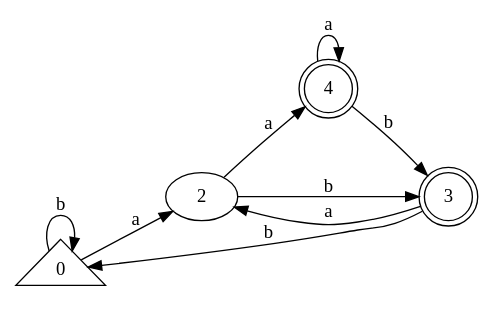
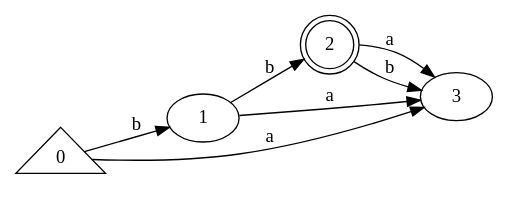
The diagram in automaton.gv (guillermoSb/UVG_Compis1_Lab), drawn with Graphviz before and after one commit. The commit also changed 6 other files, not shown here.

```diff
--- a/automaton.gv
+++ b/automaton.gv
@@ -1,15 +1,12 @@
 digraph {
 	graph [rankdir=LR]
 	0 [shape=triangle]
-	2
-	4 [shape=doublecircle]
-	3 [shape=doublecircle]
-	0 -> 0 [label=b]
-	0 -> 2 [label=a]
+	1
+	2 [shape=doublecircle]
+	0 -> 3 [label=a]
+	0 -> 1 [label=b]
+	1 -> 3 [label=a]
+	1 -> 2 [label=b]
+	2 -> 3 [label=a]
 	2 -> 3 [label=b]
-	2 -> 4 [label=a]
-	4 -> 3 [label=b]
-	4 -> 4 [label=a]
-	3 -> 0 [label=b]
-	3 -> 2 [label=a]
 }
```
